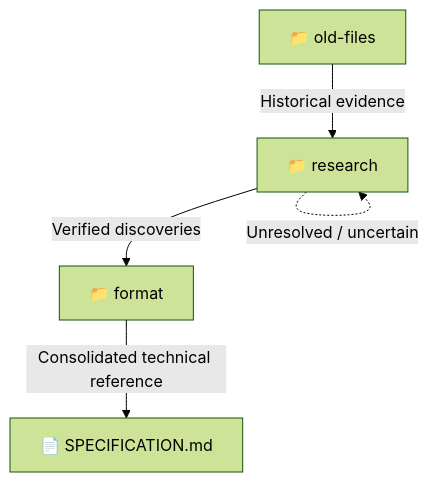
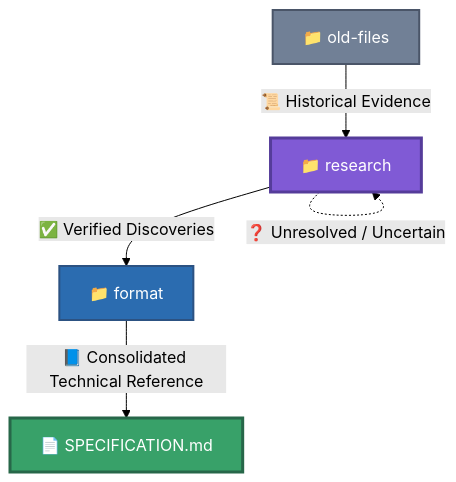
The diagram in old-files/README.md (JuanCrakYT/RtG-Format), drawn with Mermaid (forest theme) before and after one commit. The commit also changed other lines of this file and 11 other files, not shown here.

````diff
--- a/old-files/README.md
+++ b/old-files/README.md
@@ -31,13 +24,23 @@
 ```mermaid
 flowchart TD
     OLD["📁 old-files"]
     RESEARCH["📁 research"]
     FORMAT["📁 format"]
     SPEC["📄 SPECIFICATION.md"]
 
-    OLD -->|"Historical evidence"| RESEARCH
-    RESEARCH -->|"Verified discoveries"| FORMAT
-    FORMAT -->|"Consolidated technical reference"| SPEC
+    OLD -->|"📜 Historical Evidence"| RESEARCH
+    RESEARCH -->|"✅ Verified Discoveries"| FORMAT
+    FORMAT -->|"📘 Consolidated Technical Reference"| SPEC
 
-    RESEARCH -.->|"Unresolved / uncertain"| RESEARCH
+    RESEARCH -.->|"❓ Unresolved / Uncertain"| RESEARCH
+
+    classDef old fill:#718096,color:#fff,stroke:#4a5568,stroke-width:2px;
+    classDef research fill:#805ad5,color:#fff,stroke:#553c9a,stroke-width:3px;
+    classDef format fill:#2b6cb0,color:#fff,stroke:#2c5282,stroke-width:2px;
+    classDef spec fill:#38a169,color:#fff,stroke:#276749,stroke-width:3px;
+
+    class OLD old;
+    class RESEARCH research;
+    class FORMAT format;
+    class SPEC spec;
 ```
````
